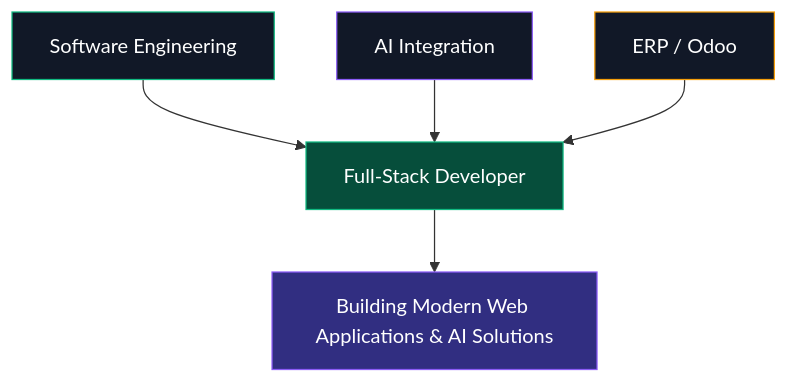
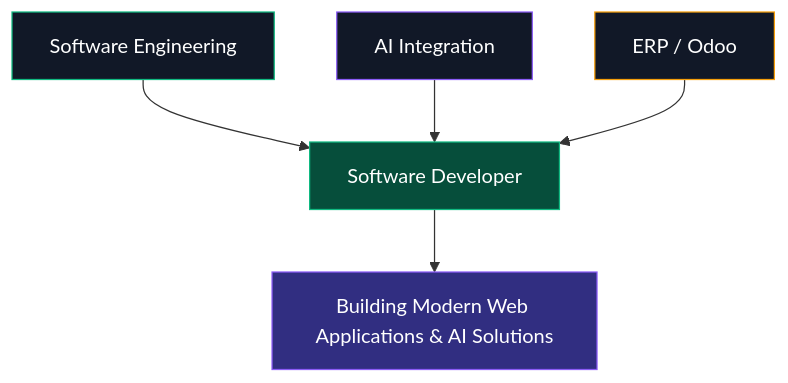
Before and after one commit to yohannes-wegayehu/yohannes-wegayehu: the diagram in README.md, drawn with Mermaid. The commit also changed other lines of this file, not shown here.

````diff
--- a/README.md
+++ b/README.md
@@ -111,13 +111,13 @@
 ```mermaid
 graph TD
-    A[Software Engineering] --> D[Full-Stack Developer]
+    A[Software Engineering] --> D[Software Developer]
     B[AI Integration] --> D
     C[ERP / Odoo] --> D
     D --> E[Building Modern Web Applications & AI Solutions]
 
     style A fill:#111827,stroke:#10b981,color:#ffffff
     style B fill:#111827,stroke:#8b5cf6,color:#ffffff
     style C fill:#111827,stroke:#f59e0b,color:#ffffff
     style D fill:#064e3b,stroke:#10b981,color:#ffffff
     style E fill:#312e81,stroke:#8b5cf6,color:#ffffff
 ```
````
